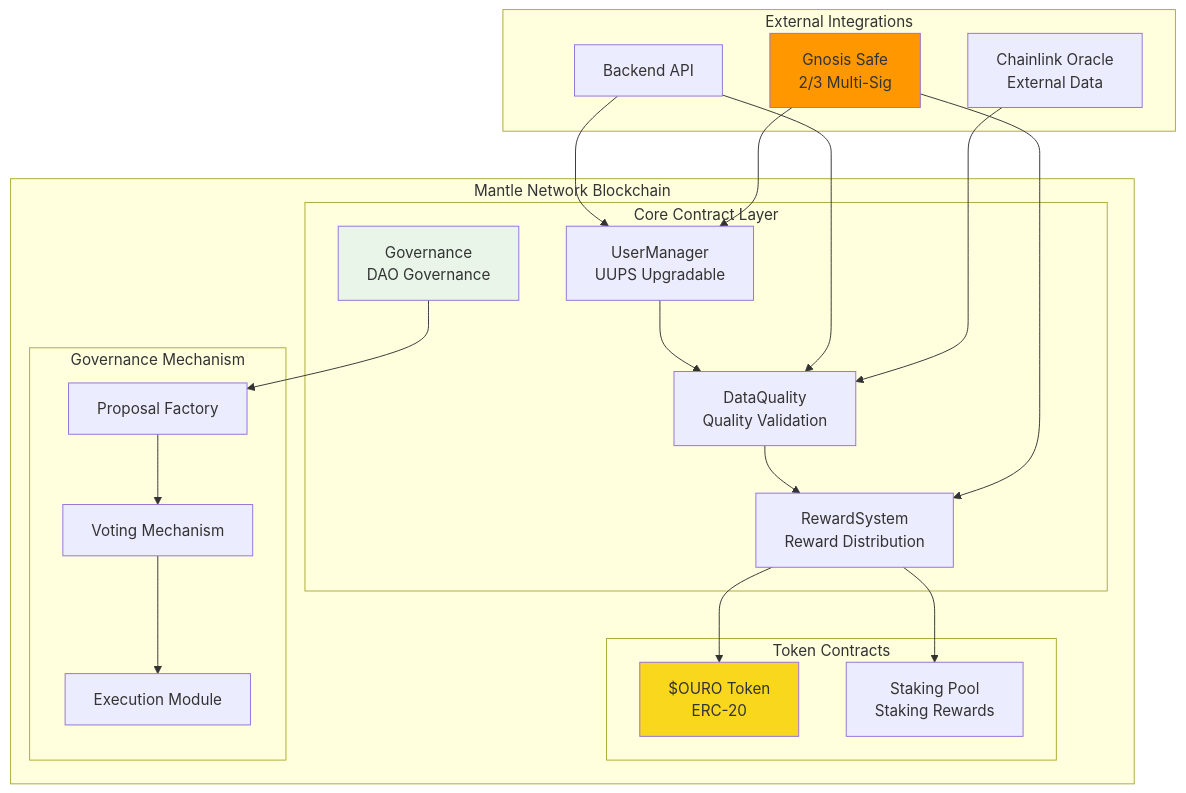
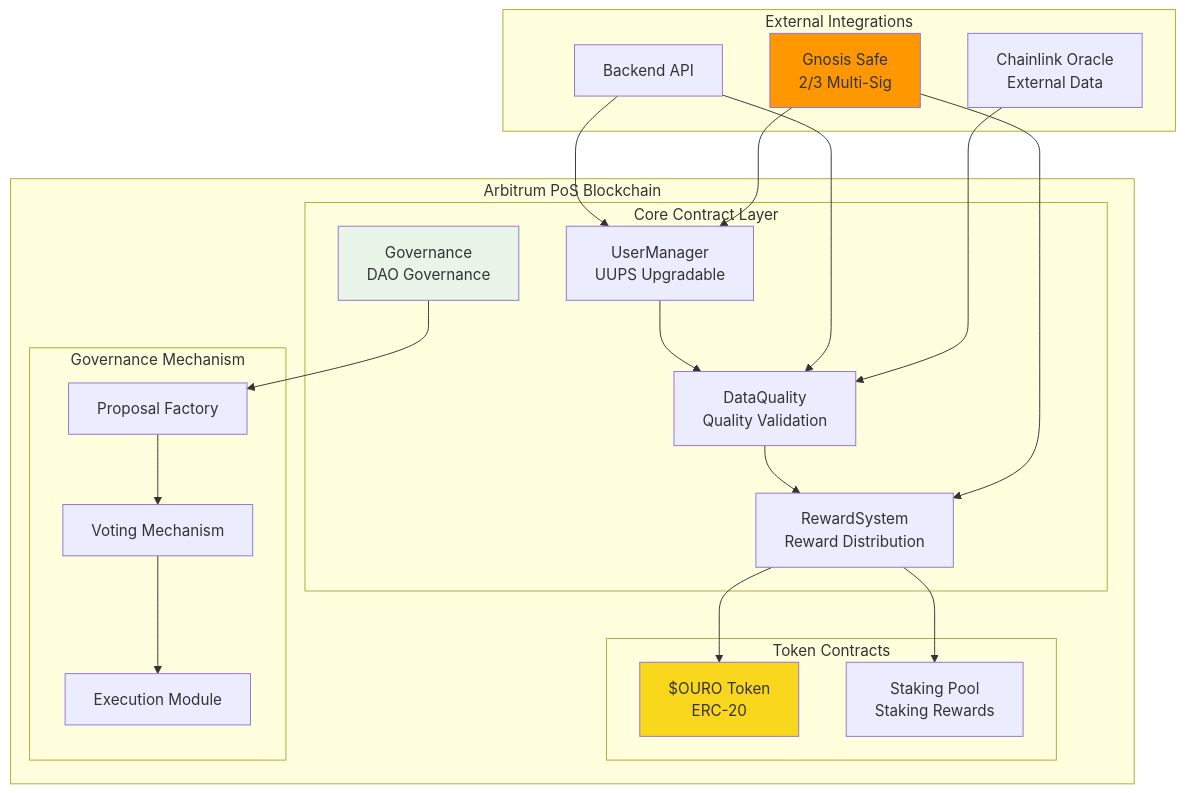
The fifth of 9 diagrams in chapter-4-technical-architecture.md (johnny9007025/humanoid-data-demo), drawn with Mermaid before and after one commit. The commit also changed other lines of this file and 2 other files, not shown here.

````diff
--- a/chapter-4-technical-architecture.md
+++ b/chapter-4-technical-architecture.md
@@ -259,46 +259,46 @@
 ```mermaid
 graph TB
-    subgraph "Mantle Network Blockchain"
+    subgraph "Arbitrum PoS Blockchain"
         subgraph "Core Contract Layer"
             UM[UserManager<br/>UUPS Upgradable]
             DQ[DataQuality<br/>Quality Validation]
             RS[RewardSystem<br/>Reward Distribution]
             GOV[Governance<br/>DAO Governance]
         end
         
         subgraph "Token Contracts"
             OURO[$OURO Token<br/>ERC-20]
             STAKE[Staking Pool<br/>Staking Rewards]
         end
         
         subgraph "Governance Mechanism"
             PROP[Proposal Factory]
             VOTE[Voting Mechanism]
             EXEC[Execution Module]
         end
     end
     
     subgraph "External Integrations"
         API[Backend API]
         ORACLE[Chainlink Oracle<br/>External Data]
         SAFE[Gnosis Safe<br/>2/3 Multi-Sig]
     end
     
     UM --> DQ
     DQ --> RS
     RS --> OURO
     RS --> STAKE
     GOV --> PROP
     PROP --> VOTE
     VOTE --> EXEC
     
     API --> UM
     API --> DQ
     ORACLE --> DQ
     SAFE --> UM
     SAFE --> RS
     
     style OURO fill:#f9d71c
     style GOV fill:#e8f5e8
     style SAFE fill:#ff9800
 ```
````
